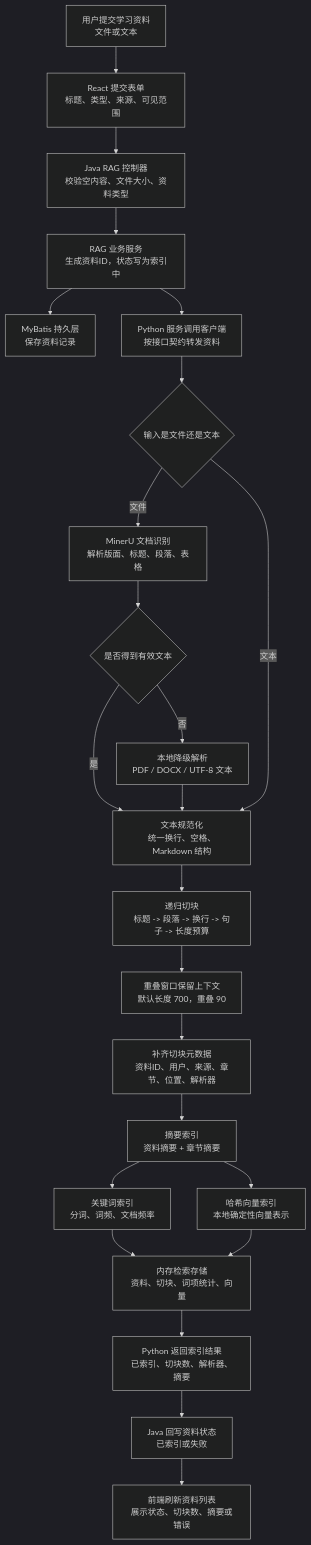
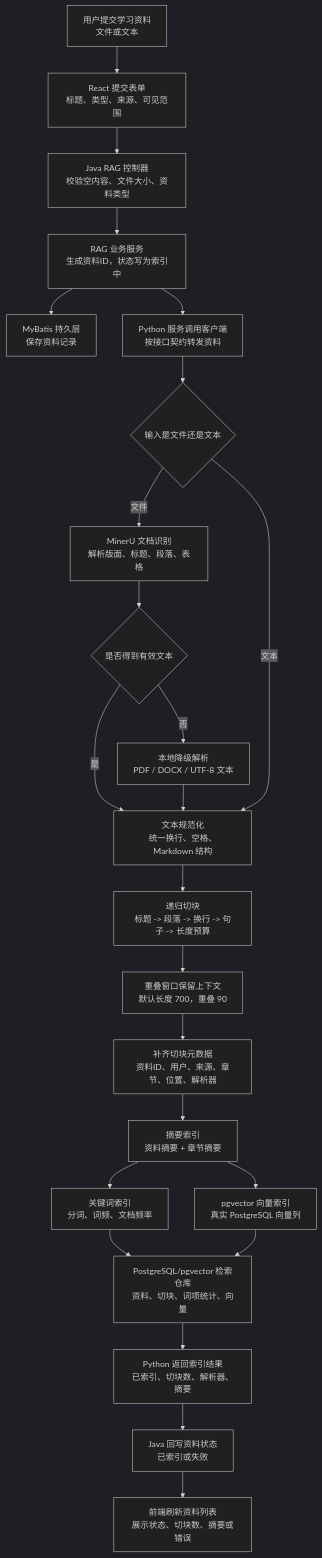
One commit to HeWhenJay/Multimodal-RAG-Agent-Learning-Evidence-Platform changed the second of 4 diagrams in README.md. Above: the diagram before and after it, drawn with Mermaid (dark theme). The commit also changed other lines of this file and 11 other files, not shown here.

Commit message:
feat: 接入 PostgreSQL pgvector RAG 仓库

````diff
--- a/README.md
+++ b/README.md
@@ -61,26 +61,26 @@
 ```mermaid
 flowchart TD
     A0["用户提交学习资料<br/>文件或文本"] --> A1["React 提交表单<br/>标题、类型、来源、可见范围"]
     A1 --> A2["Java RAG 控制器<br/>校验空内容、文件大小、资料类型"]
     A2 --> A3["RAG 业务服务<br/>生成资料ID，状态写为索引中"]
     A3 --> A4["MyBatis 持久层<br/>保存资料记录"]
     A3 --> A5["Python 服务调用客户端<br/>按接口契约转发资料"]
     A5 --> A6{"输入是文件还是文本"}
     A6 -->|"文件"| A7["MinerU 文档识别<br/>解析版面、标题、段落、表格"]
     A7 --> A8{"是否得到有效文本"}
     A8 -->|"否"| A9["本地降级解析<br/>PDF / DOCX / UTF-8 文本"]
     A8 -->|"是"| A10["文本规范化<br/>统一换行、空格、Markdown 结构"]
     A9 --> A10
     A6 -->|"文本"| A10
     A10 --> A11["递归切块<br/>标题 -> 段落 -> 换行 -> 句子 -> 长度预算"]
     A11 --> A12["重叠窗口保留上下文<br/>默认长度 700，重叠 90"]
     A12 --> A13["补齐切块元数据<br/>资料ID、用户、来源、章节、位置、解析器"]
     A13 --> A14["摘要索引<br/>资料摘要 + 章节摘要"]
     A14 --> A15["关键词索引<br/>分词、词频、文档频率"]
-    A14 --> A16["哈希向量索引<br/>本地确定性向量表示"]
-    A15 --> A17["内存检索存储<br/>资料、切块、词项统计、向量"]
+    A14 --> A16["pgvector 向量索引<br/>真实 PostgreSQL 向量列"]
+    A15 --> A17["PostgreSQL/pgvector 检索仓库<br/>资料、切块、词项统计、向量"]
     A16 --> A17
     A17 --> A18["Python 返回索引结果<br/>已索引、切块数、解析器、摘要"]
     A18 --> A19["Java 回写资料状态<br/>已索引或失败"]
     A19 --> A20["前端刷新资料列表<br/>展示状态、切块数、摘要或错误"]
 ```
````
